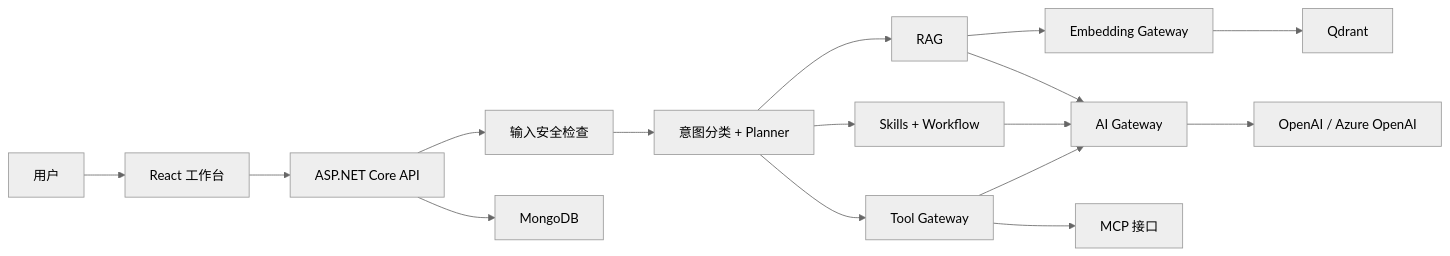
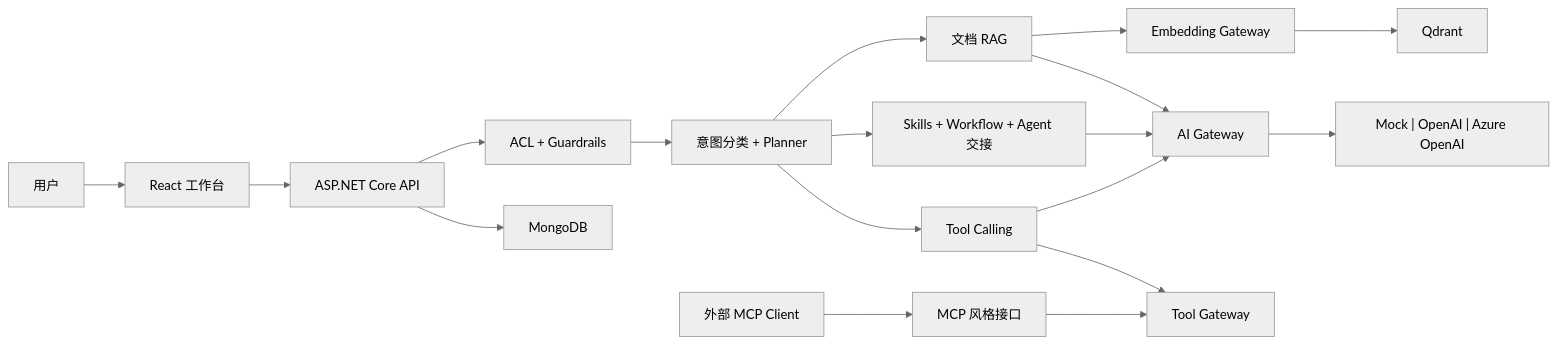
One commit to haoyucheng369-gif/enterprise-ai-document-assistant changed the first of 2 diagrams in README.zh-CN.md. Above: the diagram before and after it, drawn with Mermaid (neutral theme). The commit also changed other lines of this file and 21 other files, not shown here.

````diff
--- a/README.zh-CN.md
+++ b/README.zh-CN.md
@@ -9,22 +9,25 @@
 ```mermaid
 flowchart LR
-    user[用户] --> ui[React 工作台]
-    ui --> api[ASP.NET Core API]
+    user["用户"] --> ui["React 工作台"]
+    ui --> api["ASP.NET Core API"]
 
-    api --> safety[输入安全检查]
-    safety --> planner[意图分类 + Planner]
+    api --> security["ACL + Guardrails"]
+    security --> routing["意图分类 + Planner"]
 
-    planner --> rag[RAG]
-    planner --> skills[Skills + Workflow]
-    planner --> tools[Tool Gateway]
+    routing --> rag["文档 RAG"]
+    routing --> capabilities["Skills + Workflow + Agent 交接"]
+    routing --> calling["Tool Calling"]
 
-    rag --> embeddings[Embedding Gateway]
-    embeddings --> vectors[Qdrant]
-    rag --> ai[AI Gateway]
-    skills --> ai
-    tools --> ai
+    rag --> embedding["Embedding Gateway"]
+    embedding --> qdrant["Qdrant"]
+    rag --> gateway["AI Gateway"]
+    capabilities --> gateway
+    calling --> gateway
+    calling --> tools["Tool Gateway"]
 
-    ai --> models[OpenAI / Azure OpenAI]
-    api --> mongo[MongoDB]
-    tools --> mcp[MCP 接口]
+    gateway --> models["Mock | OpenAI | Azure OpenAI"]
+    api --> mongo["MongoDB"]
+
+    external["外部 MCP Client"] --> mcp["MCP 风格接口"]
+    mcp --> tools
 ```
````
